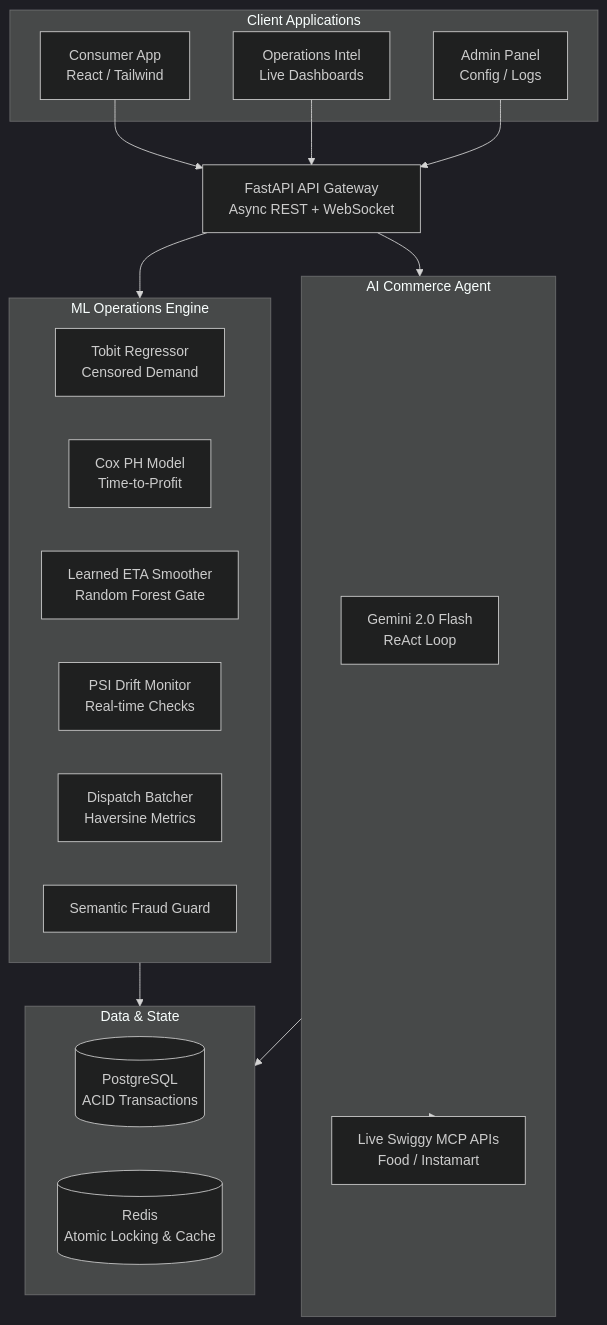
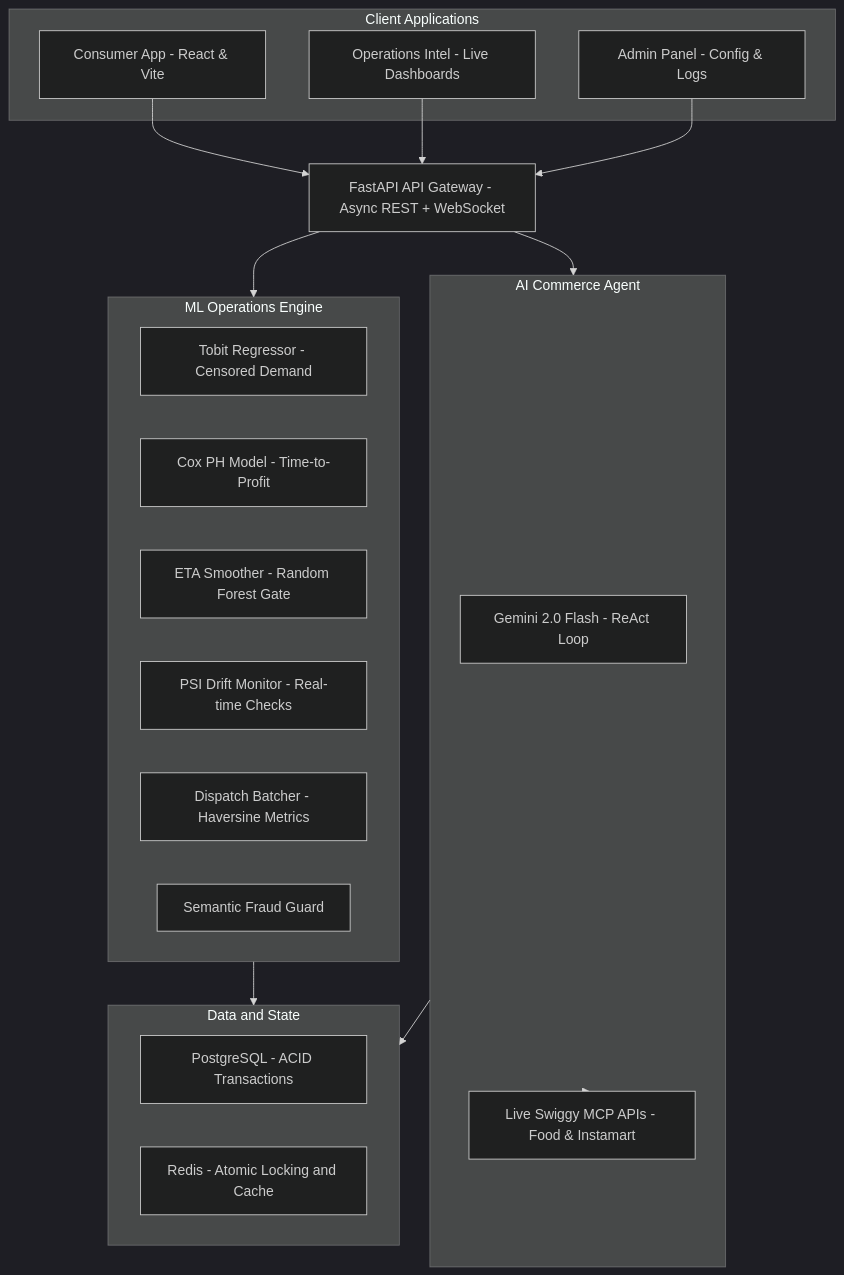
The diagram in README.md (Gaurav711cgu/HyperFlow), drawn with Mermaid (dark theme) before and after one commit. The commit also changed 2 other files, not shown here.

Commit message:
fix(readme): fix mermaid diagram syntax for GitHub rendering + upgrade CI workflow

````diff
--- a/README.md
+++ b/README.md
@@ -64,46 +64,40 @@
 ```mermaid
 graph TD
-    %% Frontend Layer
-    subgraph Frontend [Client Applications]
-        Consumer[Consumer App <br/> React / Tailwind]
-        Ops[Operations Intel <br/> Live Dashboards]
-        Admin[Admin Panel <br/> Config / Logs]
+    subgraph Frontend["Client Applications"]
+        Consumer["Consumer App - React & Vite"]
+        Ops["Operations Intel - Live Dashboards"]
+        Admin["Admin Panel - Config & Logs"]
     end
 
-    %% Gateway Layer
-    Gateway[FastAPI API Gateway <br/> Async REST + WebSocket]
-    
-    %% ML Engine Layer
-    subgraph ML [ML Operations Engine]
-        Tobit[Tobit Regressor <br/> Censored Demand]
-        Cox[Cox PH Model <br/> Time-to-Profit]
-        ETA[Learned ETA Smoother <br/> Random Forest Gate]
-        PSI[PSI Drift Monitor <br/> Real-time Checks]
-        Dispatch[Dispatch Batcher <br/> Haversine Metrics]
-        Fraud[Semantic Fraud Guard]
-    end
-    
-    %% AI Agent Layer
-    subgraph Agent [AI Commerce Agent]
-        Gemini[Gemini 2.0 Flash <br/> ReAct Loop]
-        MCP[Live Swiggy MCP APIs <br/> Food / Instamart]
-    end
-    
-    %% Data Layer
-    subgraph Data [Data & State]
-        PG[(PostgreSQL <br/> ACID Transactions)]
-        Redis[(Redis <br/> Atomic Locking & Cache)]
+    Gateway["FastAPI API Gateway - Async REST + WebSocket"]
+
+    subgraph ML["ML Operations Engine"]
+        Tobit["Tobit Regressor - Censored Demand"]
+        Cox["Cox PH Model - Time-to-Profit"]
+        ETA["ETA Smoother - Random Forest Gate"]
+        PSI["PSI Drift Monitor - Real-time Checks"]
+        Dispatch["Dispatch Batcher - Haversine Metrics"]
+        Fraud["Semantic Fraud Guard"]
     end
 
-    %% Flow connections
+    subgraph Agent["AI Commerce Agent"]
+        Gemini["Gemini 2.0 Flash - ReAct Loop"]
+        MCP["Live Swiggy MCP APIs - Food & Instamart"]
+    end
+
+    subgraph Data["Data and State"]
+        PG["PostgreSQL - ACID Transactions"]
+        Redis["Redis - Atomic Locking and Cache"]
+    end
+
     Consumer --> Gateway
     Ops --> Gateway
     Admin --> Gateway
-    
+
     Gateway --> ML
     Gateway --> Agent
-    
+
     ML --> Data
     Agent --> Data
     Agent --> MCP
 ```
````
